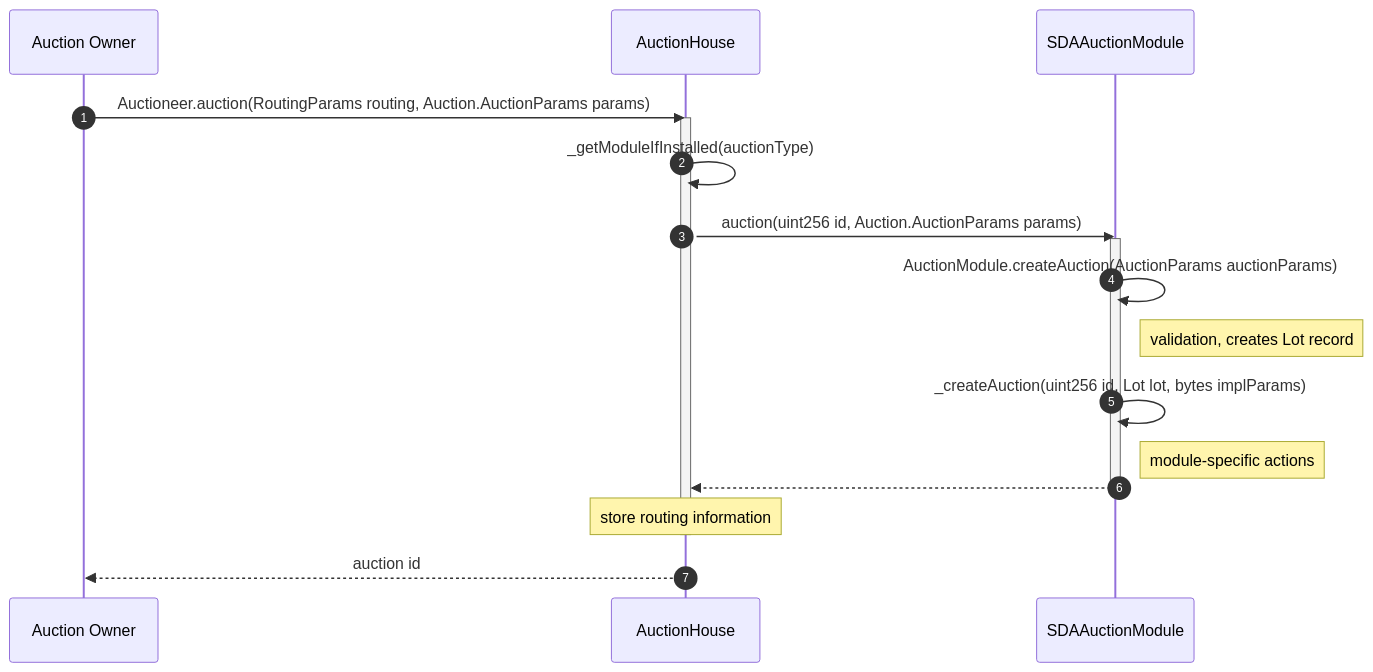
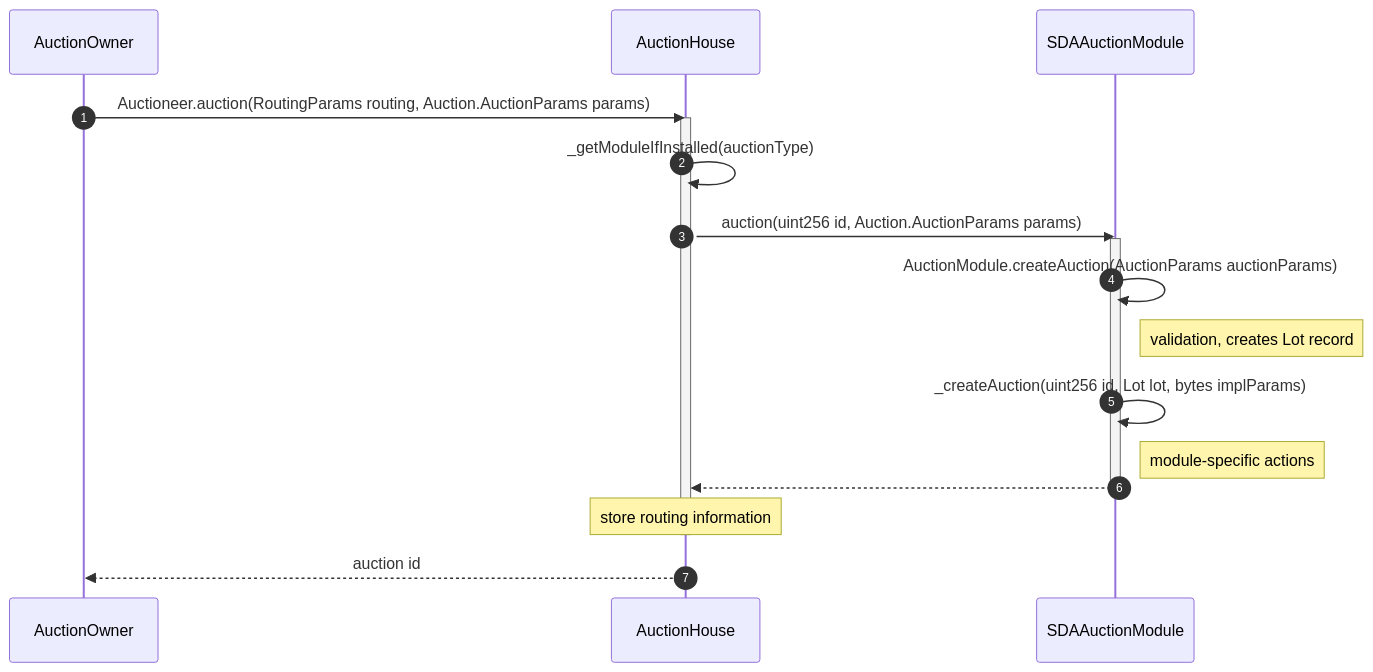
The second of 4 diagrams in ARCHITECTURE.md (Axis-Fi/axis-core), drawn with Mermaid before and after one commit. The commit also changed other lines of this file, not shown here.

Commit message:
Improvements to auction purchase diagrams

````diff
--- a/ARCHITECTURE.md
+++ b/ARCHITECTURE.md
@@ -196,26 +196,26 @@
 ```mermaid
 sequenceDiagram
   autoNumber
-  participant Auction Owner
+  participant AuctionOwner
   participant AuctionHouse
   participant SDAAuctionModule
 
-  Auction Owner->>AuctionHouse: Auctioneer.auction(RoutingParams routing, Auction.AuctionParams params)
+  AuctionOwner->>AuctionHouse: Auctioneer.auction(RoutingParams routing, Auction.AuctionParams params)
   activate AuctionHouse
     AuctionHouse->>AuctionHouse: _getModuleIfInstalled(auctionType)
 
     AuctionHouse->>SDAAuctionModule: auction(uint256 id, Auction.AuctionParams params)
     activate SDAAuctionModule
       SDAAuctionModule->>SDAAuctionModule: AuctionModule.createAuction(AuctionParams auctionParams)
       Note right of SDAAuctionModule: validation, creates Lot record
       SDAAuctionModule->>SDAAuctionModule: _createAuction(uint256 id, Lot lot, bytes implParams)
       Note right of SDAAuctionModule: module-specific actions
 
       SDAAuctionModule-->>AuctionHouse: 
     deactivate SDAAuctionModule
 
     Note over AuctionHouse: store routing information
   deactivate AuctionHouse
 
-  AuctionHouse-->>Auction Owner: auction id
+  AuctionHouse-->>AuctionOwner: auction id
 ```
````
